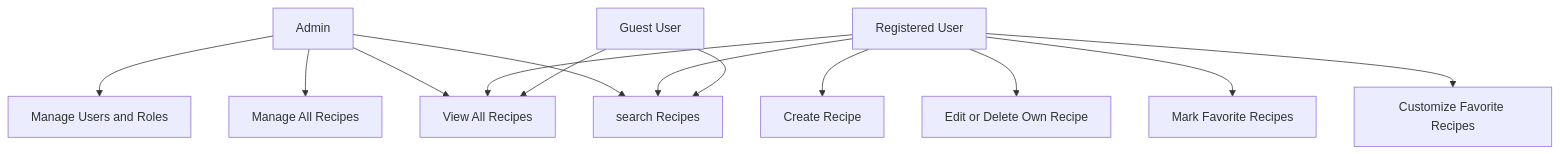
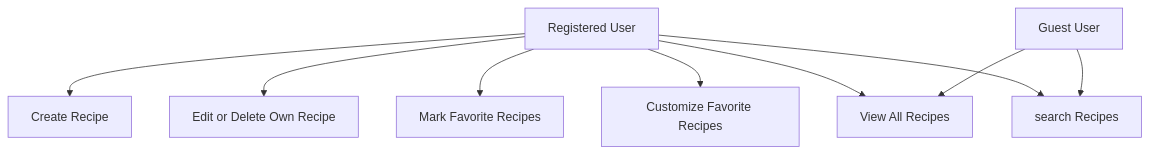
Before and after one commit to cia-GKMIT/Functional-Document-FoodRecipeWebApp: the second of 2 diagrams in docs/functional_doc.md, drawn with Mermaid. The commit also changed 3 other files, not shown here.

````diff
--- a/docs/functional_doc.md
+++ b/docs/functional_doc.md
@@ -198,38 +198,28 @@
 ```mermaid
 
 flowchart TB
     %% Define Roles
-    A[Admin]
     B[Registered User]
     C[Guest User]
 
     %% Define Permissions
-    P1[Manage Users and Roles]
-    P2[Manage All Recipes]
     P3[Create Recipe]
     P4[Edit or Delete Own Recipe]
     P5[Mark Favorite Recipes]
     P6[Customize Favorite Recipes]
     P7[View All Recipes]
     P8[search Recipes]
-    
-
-    %% Admin Permissions
-    A --> P1
-    A --> P2
-    A --> P7
-    A --> P8
     
 
     %% Registered User Permissions
     B --> P3
     B --> P4
     B --> P5
     B --> P6
     B --> P7
     B --> P8
 
     %% Guest User Permissions
     C --> P7
     C --> P8
 ```
````
